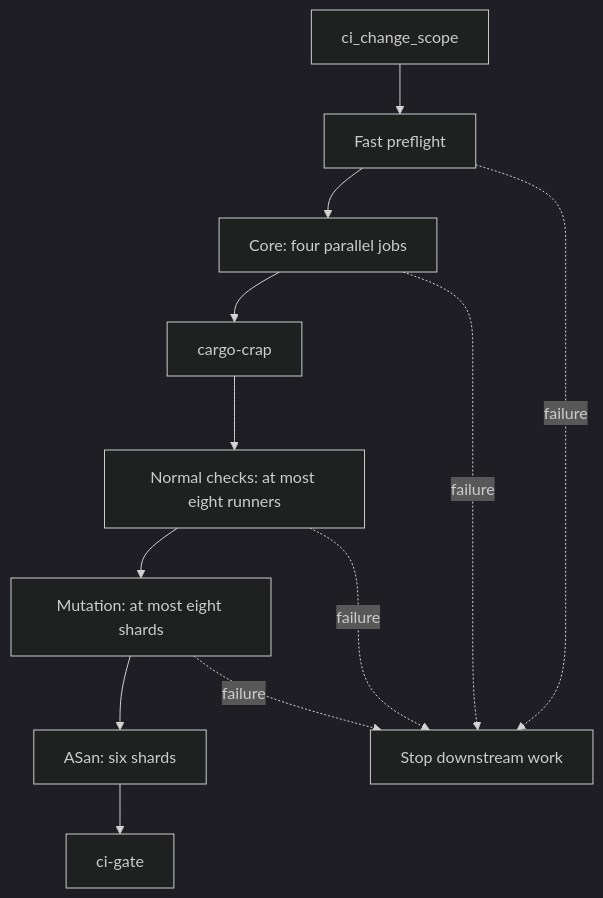
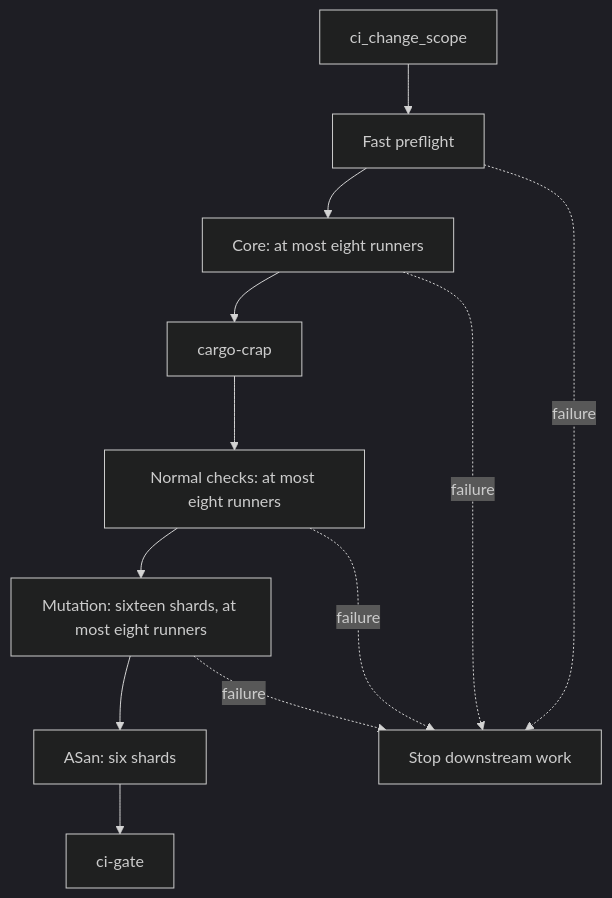
One commit to arceushui/pigloros changed the fourth of 14 diagrams in CONTRIBUTING.md. Above: the diagram before and after it, drawn with Mermaid (dark theme). The commit also changed other lines of this file and 126 other files, not shown here.

````diff
--- a/CONTRIBUTING.md
+++ b/CONTRIBUTING.md
@@ -144,14 +144,14 @@
 ```mermaid
 flowchart TD
     S["ci_change_scope"] --> P["Fast preflight"]
-    P --> C["Core: four parallel jobs"]
+    P --> C["Core: at most eight runners"]
     C --> R["cargo-crap"]
     R --> N["Normal checks: at most eight runners"]
-    N --> M["Mutation: at most eight shards"]
+    N --> M["Mutation: sixteen shards, at most eight runners"]
     M --> A["ASan: six shards"]
     A --> G["ci-gate"]
     P -. "failure" .-> X["Stop downstream work"]
     C -. "failure" .-> X
     N -. "failure" .-> X
     M -. "failure" .-> X
 ```
````
